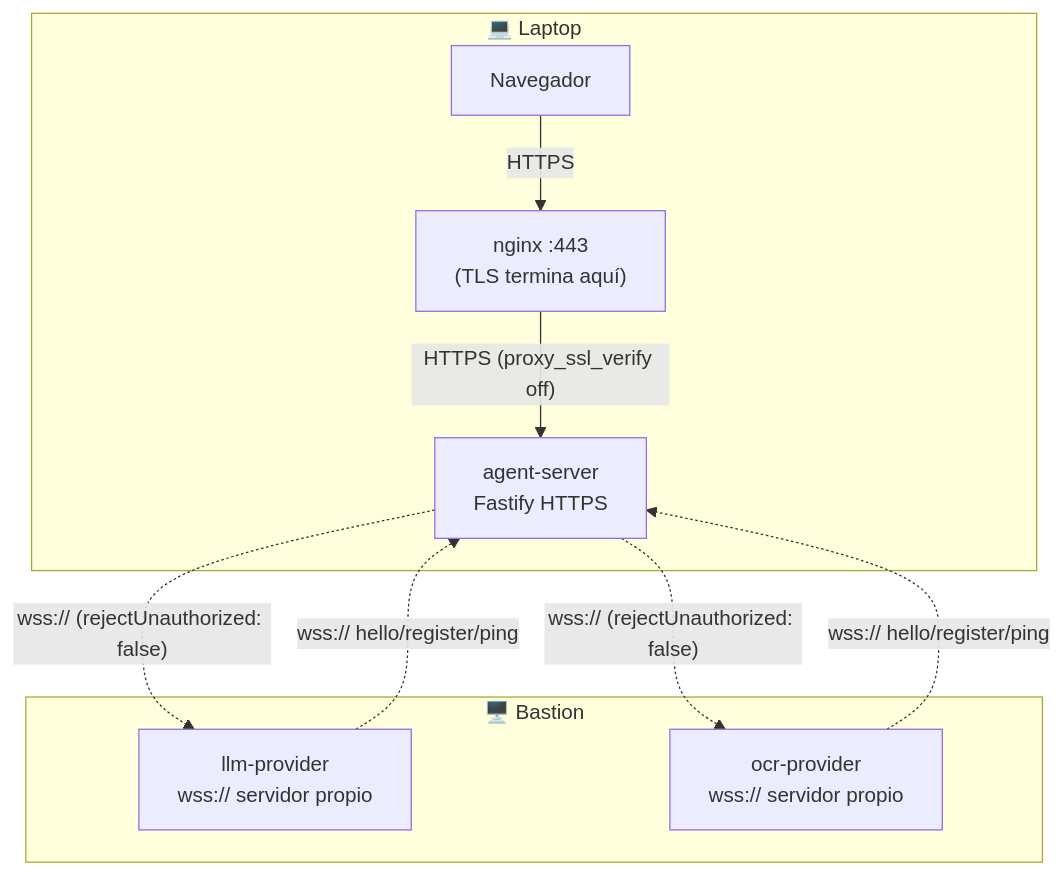
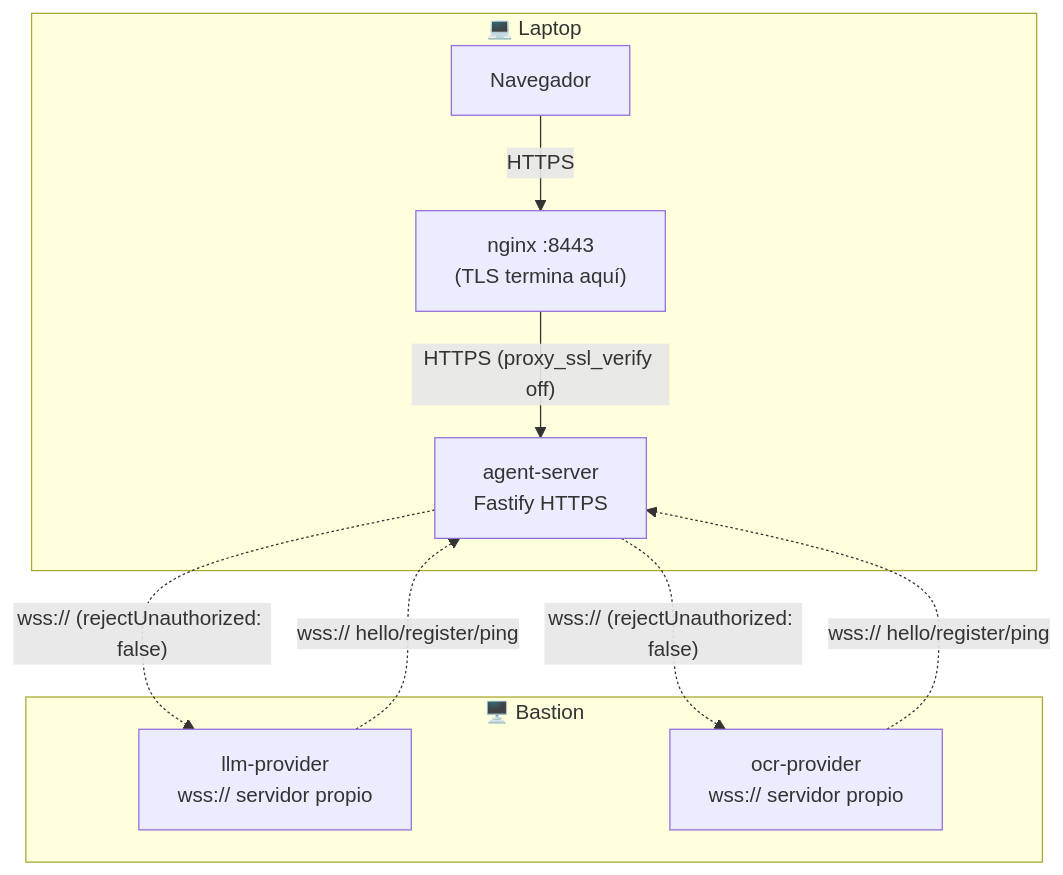
Before and after one commit to rafex/galaxIA: the diagram in docs/tls-autofirmado.md, drawn with Mermaid. The commit also changed other lines of this file and 3 other files, not shown here.

````diff
--- a/docs/tls-autofirmado.md
+++ b/docs/tls-autofirmado.md
@@ -9,20 +9,20 @@
 ```mermaid
 flowchart TB
     subgraph Laptop["💻 Laptop"]
         Browser["Navegador"]
-        Nginx["nginx :443<br/>(TLS termina aquí)"]
+        Nginx["nginx :8443<br/>(TLS termina aquí)"]
         Agent["agent-server<br/>Fastify HTTPS"]
         Browser -->|"HTTPS"| Nginx
         Nginx -->|"HTTPS (proxy_ssl_verify off)"| Agent
     end
 
     subgraph Bastion["🖥️ Bastion"]
         LlmProvider["llm-provider<br/>wss:// servidor propio"]
         OcrProvider["ocr-provider<br/>wss:// servidor propio"]
     end
 
     Agent -.->|"wss:// (rejectUnauthorized: false)"| LlmProvider
     Agent -.->|"wss:// (rejectUnauthorized: false)"| OcrProvider
     LlmProvider -.->|"wss:// hello/register/ping"| Agent
     OcrProvider -.->|"wss:// hello/register/ping"| Agent
 ```
````
